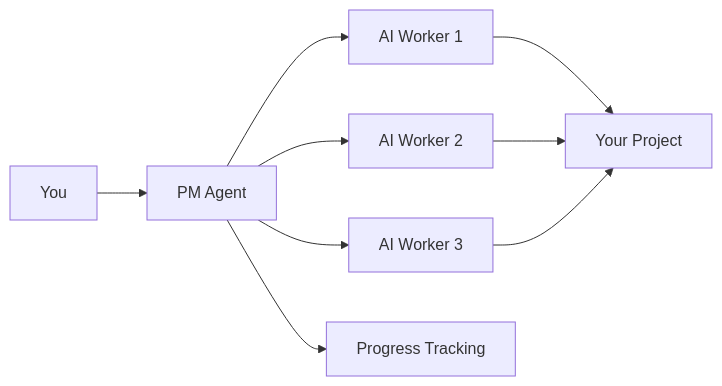
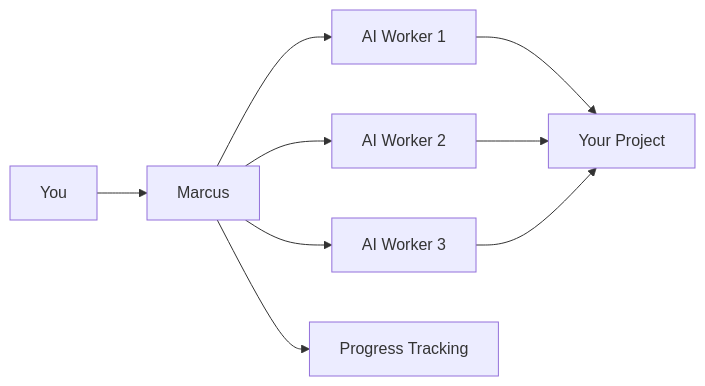
The first of 2 diagrams in docs/sphinx/source/getting_started.md (lwgray/pm-agent), drawn with Mermaid before and after one commit. The commit also changed other lines of this file and 29 other files, not shown here.

````diff
--- a/docs/sphinx/source/getting_started.md
+++ b/docs/sphinx/source/getting_started.md
@@ -66,11 +66,11 @@
 ```mermaid
 graph LR
-    You[You] --> PM[PM Agent]
-    PM --> AI1[AI Worker 1]
-    PM --> AI2[AI Worker 2]
-    PM --> AI3[AI Worker 3]
+    You[You] --> Marcus[Marcus]
+    Marcus --> AI1[AI Worker 1]
+    Marcus --> AI2[AI Worker 2]
+    Marcus --> AI3[AI Worker 3]
     AI1 --> Code[Your Project]
     AI2 --> Code
     AI3 --> Code
-    PM --> Track[Progress Tracking]
+    Marcus --> Track[Progress Tracking]
 ```
````
